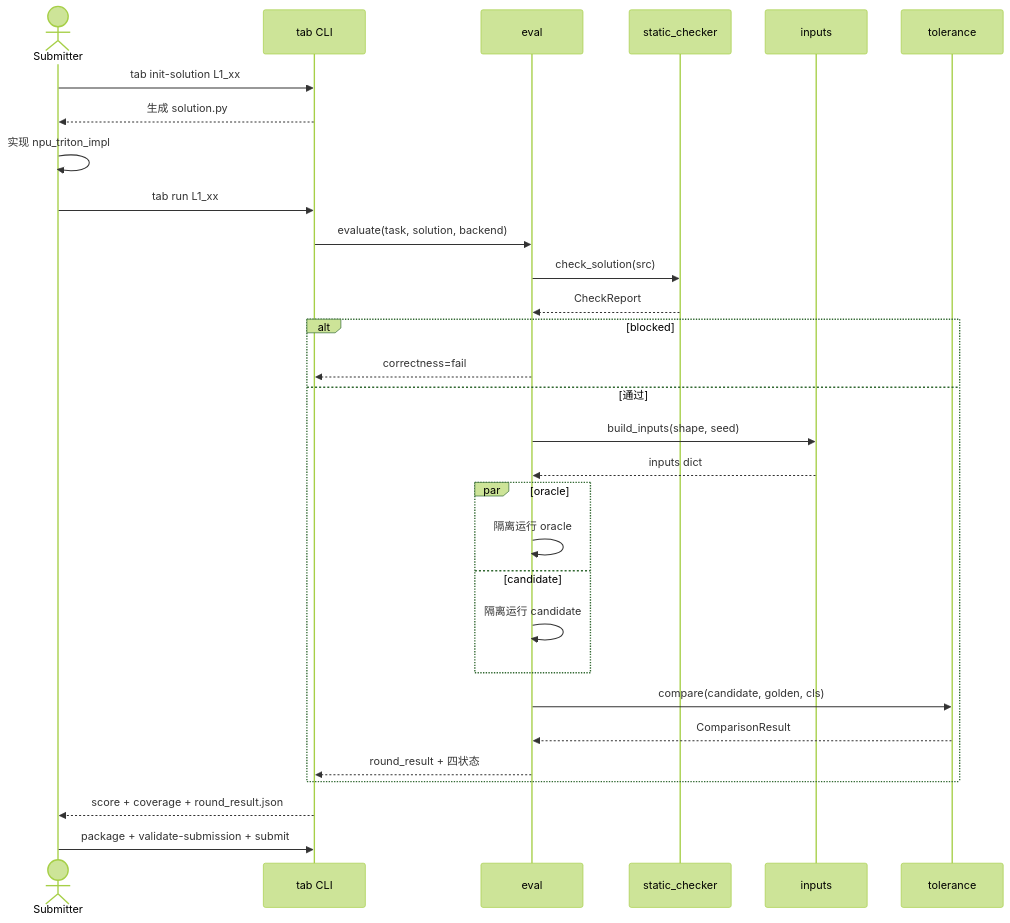
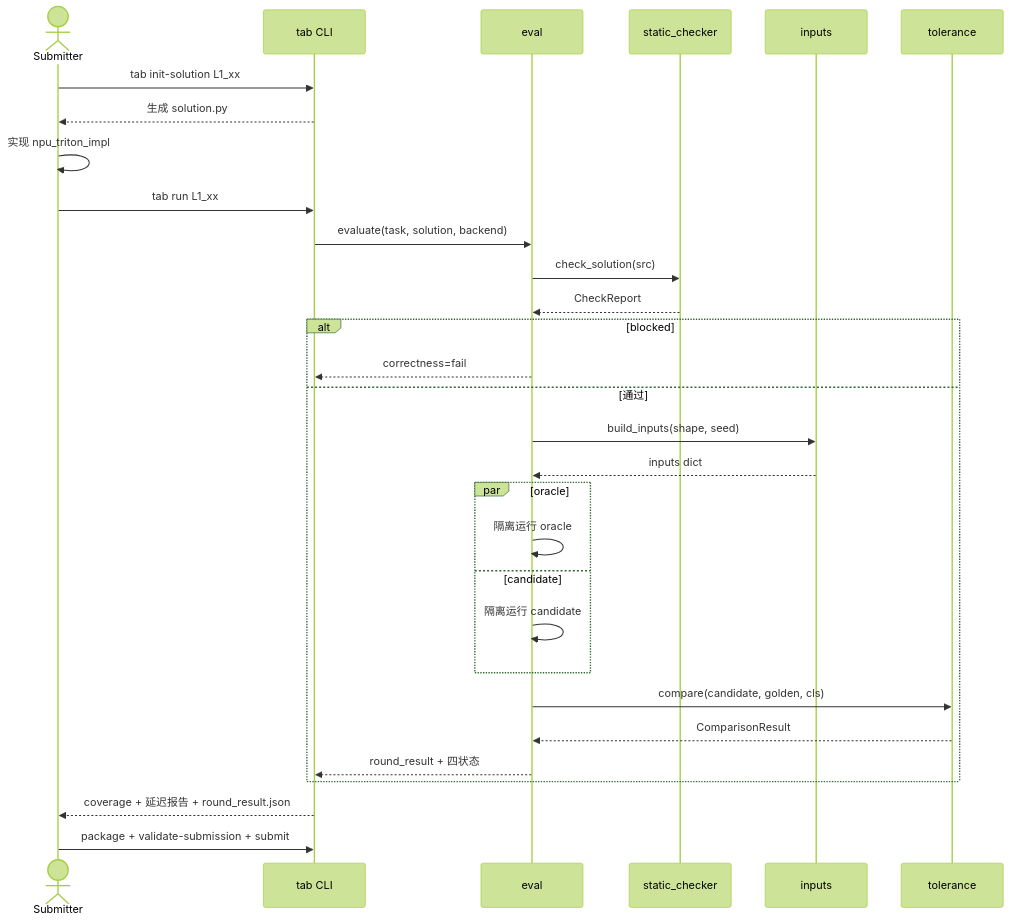
The seventh of 11 diagrams in docs/DESIGN.md (Gxj230958/TritonAscendBench), drawn with Mermaid (forest theme) before and after one commit. The commit also changed other lines of this file and 37 other files, not shown here.

````diff
--- a/docs/DESIGN.md
+++ b/docs/DESIGN.md
@@ -484,32 +488,32 @@
 ```mermaid
 sequenceDiagram
     actor U as Submitter
     participant CLI as tab CLI
     participant EV as eval
     participant SC as static_checker
     participant IN as inputs
     participant TOL as tolerance
     U->>CLI: tab init-solution L1_xx
     CLI-->>U: 生成 solution.py
     U->>U: 实现 npu_triton_impl
     U->>CLI: tab run L1_xx
     CLI->>EV: evaluate(task, solution, backend)
     EV->>SC: check_solution(src)
     SC-->>EV: CheckReport
     alt blocked
         EV-->>CLI: correctness=fail
     else 通过
         EV->>IN: build_inputs(shape, seed)
         IN-->>EV: inputs dict
         par oracle
             EV->>EV: 隔离运行 oracle
         and candidate
             EV->>EV: 隔离运行 candidate
         end
         EV->>TOL: compare(candidate, golden, cls)
         TOL-->>EV: ComparisonResult
         EV-->>CLI: round_result + 四状态
     end
-    CLI-->>U: score + coverage + round_result.json
+    CLI-->>U: coverage + 延迟报告 + round_result.json
     U->>CLI: package + validate-submission + submit
 ```
````
